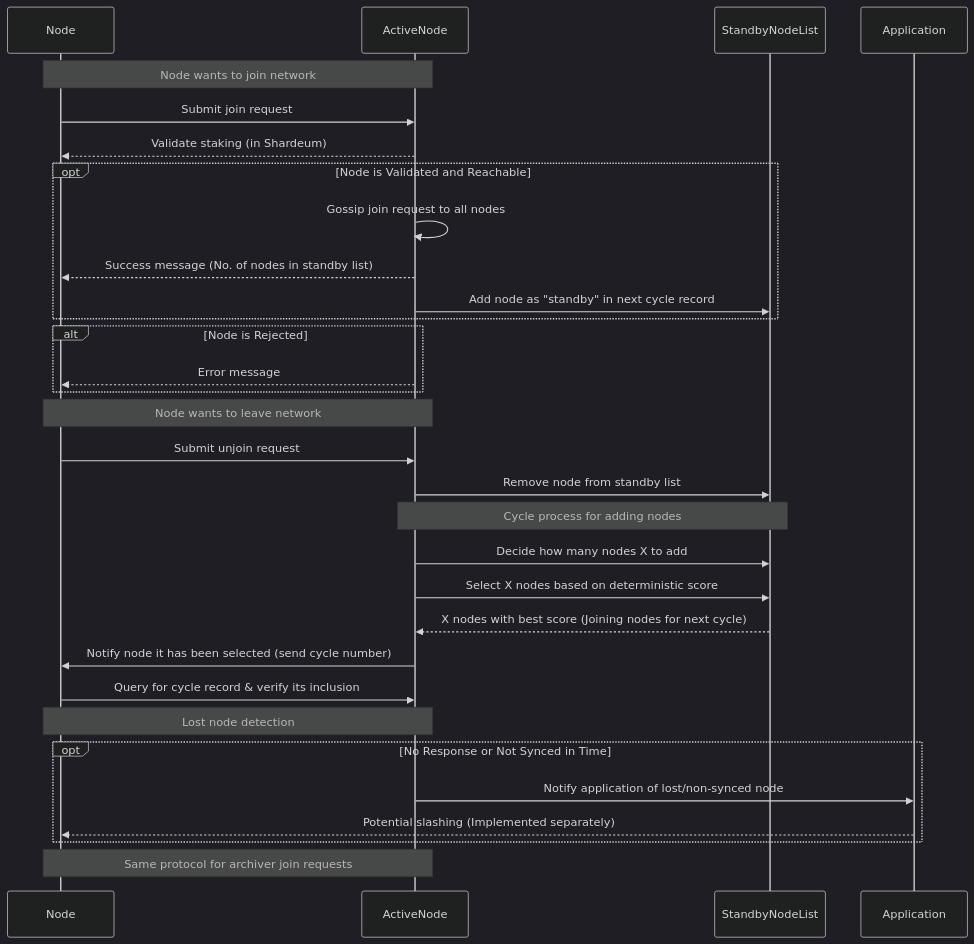
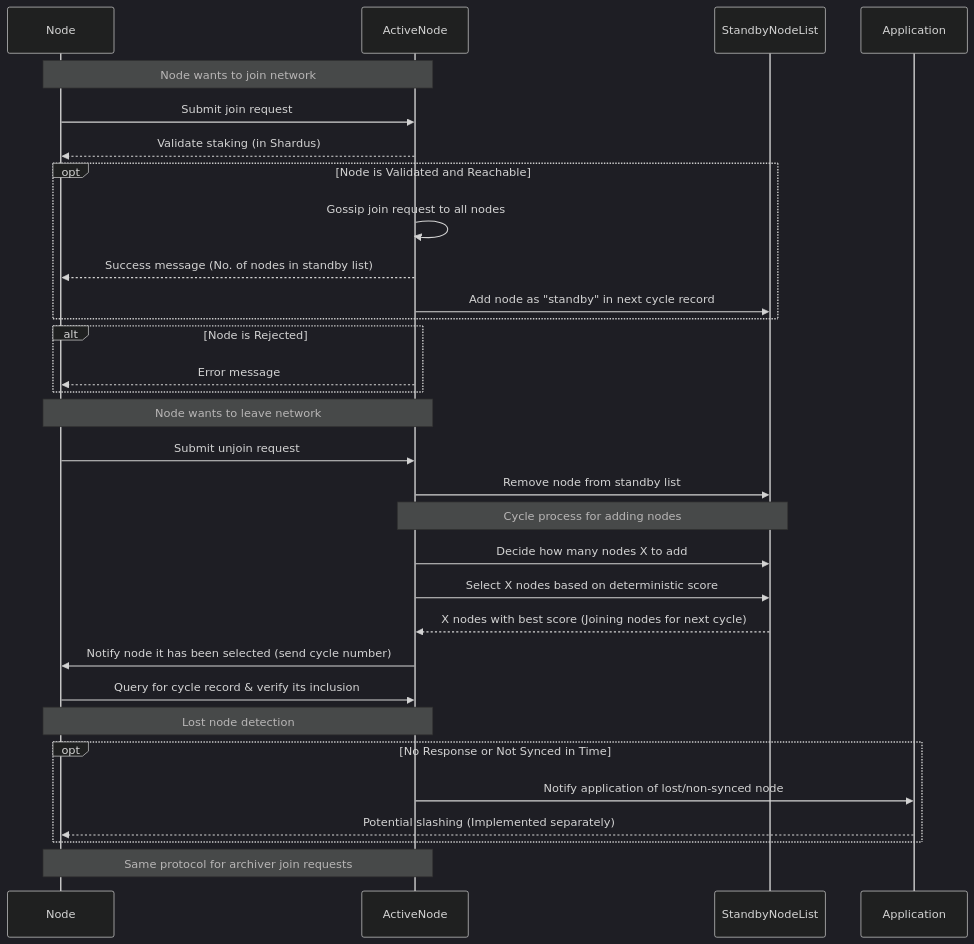
The diagram in docs/join-protocol-v2/join-protocol-v2-seq-diagram.md (shardus/shardus-core), drawn with Mermaid (dark theme) before and after one commit. The commit also changed 201 other files, not shown here.

First line of the commit message:
change shardeum references to shardus

````diff
--- a/docs/join-protocol-v2/join-protocol-v2-seq-diagram.md
+++ b/docs/join-protocol-v2/join-protocol-v2-seq-diagram.md
@@ -1,44 +1,44 @@
 ```mermaid
 sequenceDiagram
     participant N as Node
     participant AN as ActiveNode
     participant SNL as StandbyNodeList
     participant A as Application
     Note over N,AN: Node wants to join network
     
     N->>AN: Submit join request
-    AN-->>N: Validate staking (in Shardeum)
+    AN-->>N: Validate staking (in Shardus)
     
     opt Node is Validated and Reachable
         AN->>AN: Gossip join request to all nodes
         AN-->>N: Success message (No. of nodes in standby list)
         AN->>SNL: Add node as "standby" in next cycle record
     end
     
     alt Node is Rejected
         AN-->>N: Error message
     end
     
     Note over N,AN: Node wants to leave network
     
     N->>AN: Submit unjoin request
     AN->>SNL: Remove node from standby list
     
     Note over AN,SNL: Cycle process for adding nodes
     
     AN->>SNL: Decide how many nodes X to add
     AN->>SNL: Select X nodes based on deterministic score
     SNL-->>AN: X nodes with best score (Joining nodes for next cycle)
     AN->>N: Notify node it has been selected (send cycle number)
     N->>AN: Query for cycle record & verify its inclusion
     
     Note over N,AN: Lost node detection
     
     opt No Response or Not Synced in Time
         AN->>A: Notify application of lost/non-synced node
         A-->>N: Potential slashing (Implemented separately)
     end
     
     Note over N,AN: Same protocol for archiver join requests
 
 ```
````
